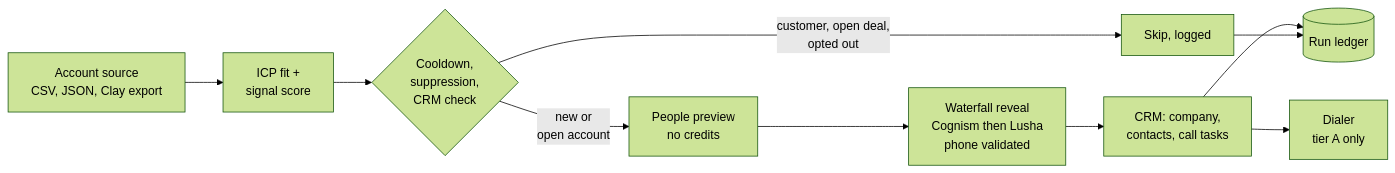
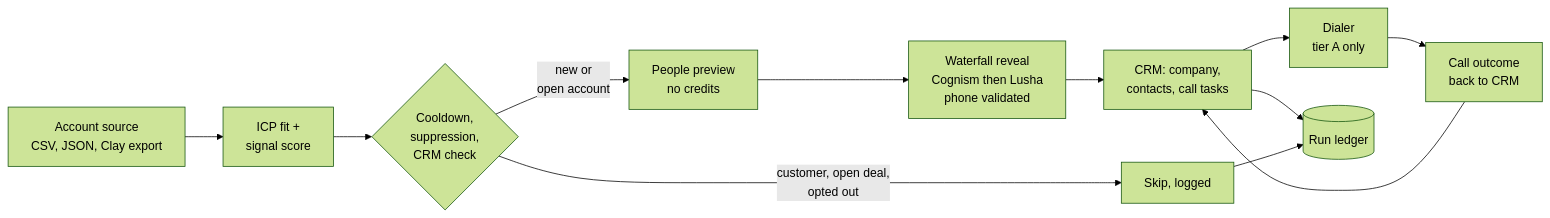
One commit to Swarno1996/gtm-prospecting-engine changed the first of 2 diagrams in README.md. Above: the diagram before and after it, drawn with Mermaid (forest theme). The commit also changed other lines of this file and 32 other files, not shown here.

````diff
--- a/README.md
+++ b/README.md
@@ -5,12 +5,14 @@
 ```mermaid
 flowchart LR
     S[Account source<br/>CSV, JSON, Clay export] --> I[ICP fit +<br/>signal score]
     I --> G{Cooldown,<br/>suppression,<br/>CRM check}
     G -->|customer, open deal,<br/>opted out| X[Skip, logged]
     G -->|new or<br/>open account| P[People preview<br/>no credits]
     P --> W[Waterfall reveal<br/>Cognism then Lusha<br/>phone validated]
     W --> C[CRM: company,<br/>contacts, call tasks]
     C --> D[Dialer<br/>tier A only]
+    D --> O[Call outcome<br/>back to CRM]
+    O --> C
     C --> L[(Run ledger)]
     X --> L
 ```
````
